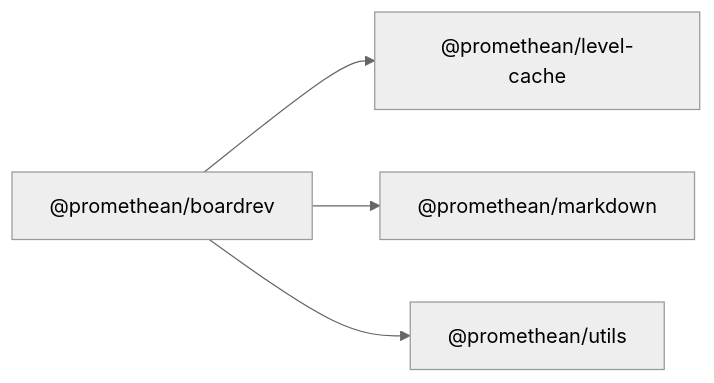
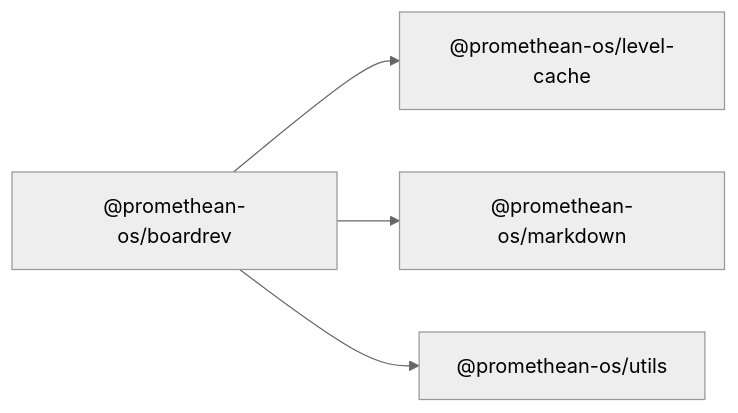
The diagram in docs/packages/boardrev/README.md (octave-commons/promethean), drawn with Mermaid (neutral theme) before and after one commit. The commit also changed other lines of this file and 1753 other files, not shown here.

````diff
--- a/docs/packages/boardrev/README.md
+++ b/docs/packages/boardrev/README.md
@@ -14,13 +14,13 @@
 ```mermaid
 graph LR
-  A["@promethean/boardrev"]
-  D1["@promethean/level-cache"]
-  D2["@promethean/markdown"]
-  D3["@promethean/utils"]
-  A --> D1["@promethean/level-cache"]
-  A --> D2["@promethean/markdown"]
-  A --> D3["@promethean/utils"]
-  click D1 "../level-cache/README.md" "@promethean/level-cache"
-  click D2 "../markdown/README.md" "@promethean/markdown"
-  click D3 "../utils/README.md" "@promethean/utils"
+  A["@promethean-os/boardrev"]
+  D1["@promethean-os/level-cache"]
+  D2["@promethean-os/markdown"]
+  D3["@promethean-os/utils"]
+  A --> D1["@promethean-os/level-cache"]
+  A --> D2["@promethean-os/markdown"]
+  A --> D3["@promethean-os/utils"]
+  click D1 "../level-cache/README.md" "@promethean-os/level-cache"
+  click D2 "../markdown/README.md" "@promethean-os/markdown"
+  click D3 "../utils/README.md" "@promethean-os/utils"
 ```
````
